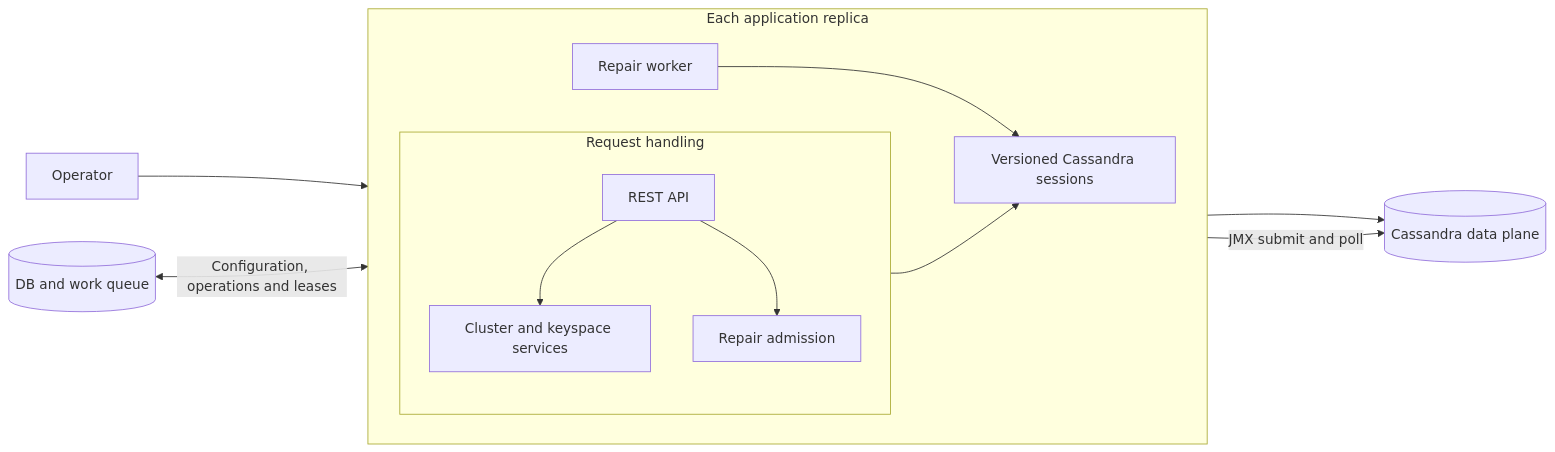
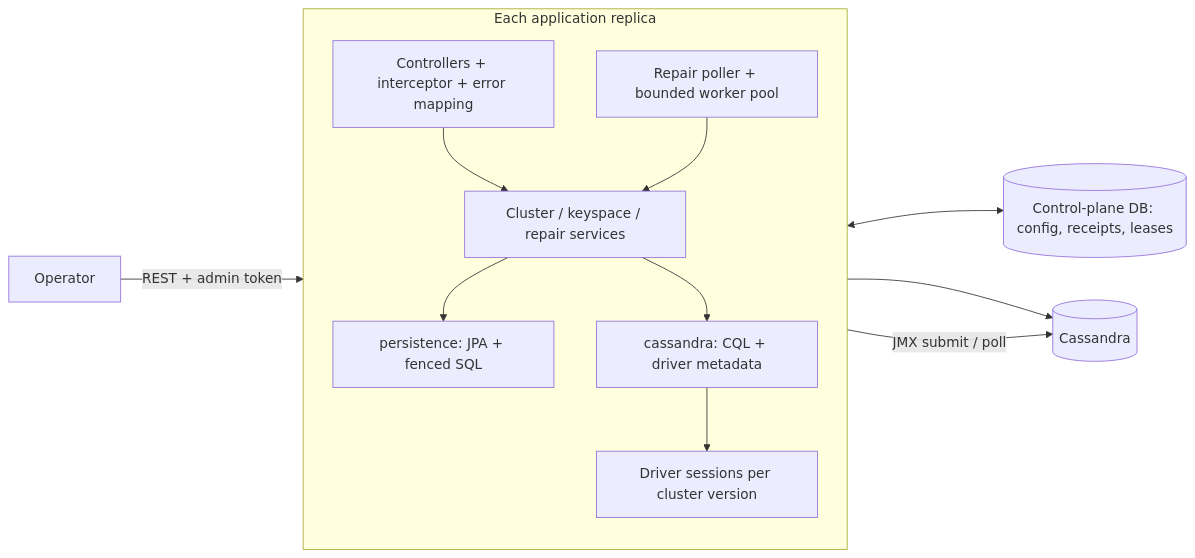
The first of 2 diagrams in README.md (elephait/cassandra-dbaas-demo), drawn with Mermaid before and after one commit. The commit also changed other lines of this file and 110 other files, not shown here.

````diff
--- a/README.md
+++ b/README.md
@@ -9,19 +11,15 @@
 ```mermaid
 flowchart LR
-    DB[(DB and work queue)]
-    DB <-->|Configuration, operations and leases| Replica
-    Operator --> Api
+    Operator -->|REST + admin token| Web
     subgraph Replica[Each application replica]
-        direction LR
-        subgraph Requests[Request handling]
-            direction TB
-            Api[REST API]
-            Api --> Services[Cluster and keyspace services]
-            Api --> Admission[Repair admission]
-        end
-        Services --> Sessions[Versioned Cassandra sessions]
-        Worker[Repair worker] --> Sessions
+        direction TB
+        Web[Controllers + interceptor + error mapping] --> Services[Cluster / keyspace / repair services]
+        Services --> Repos[persistence: JPA + fenced SQL]
+        Services --> CqlRepos[cassandra: CQL + driver metadata]
+        CqlRepos --> Sessions[Driver sessions per cluster version]
+        Worker[Repair poller + bounded worker pool] --> Services
     end
-    Sessions --> Cassandra[(Cassandra data plane)]
-    Worker -->|JMX submit and poll| Cassandra
+    Repos <--> DB[(Control-plane DB: config, receipts, leases)]
+    Sessions --> Cassandra[(Cassandra)]
+    Worker -->|JMX submit / poll| Cassandra
 ```
````
